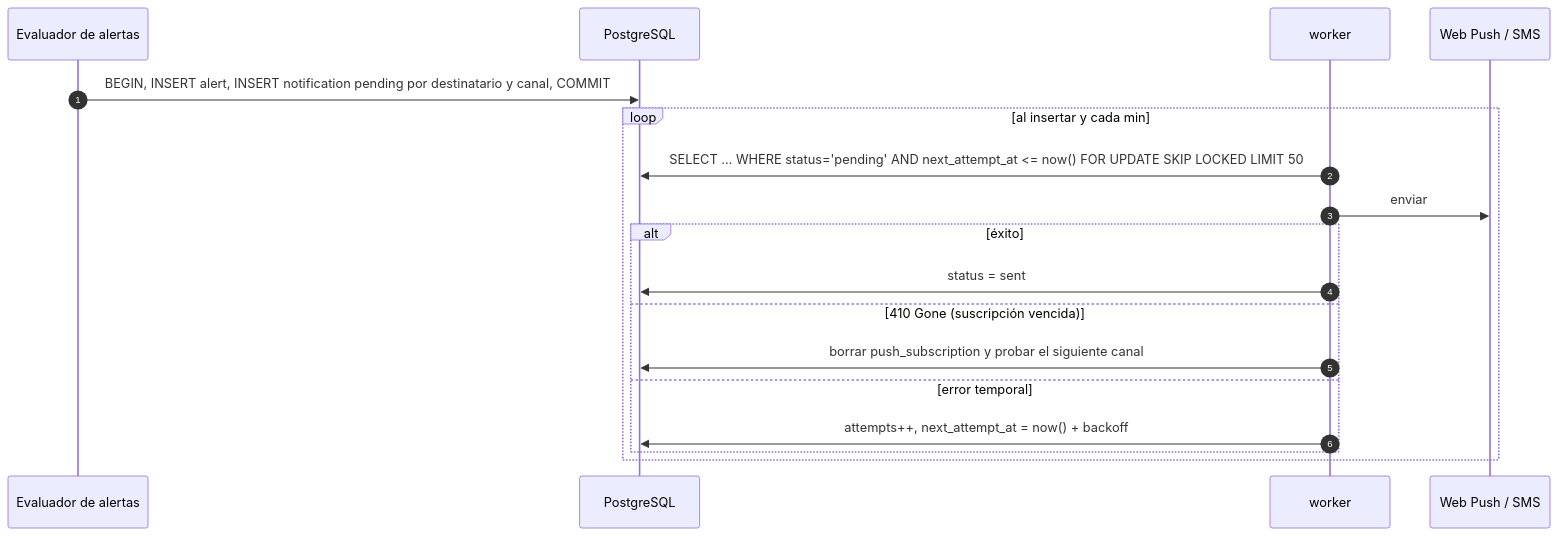
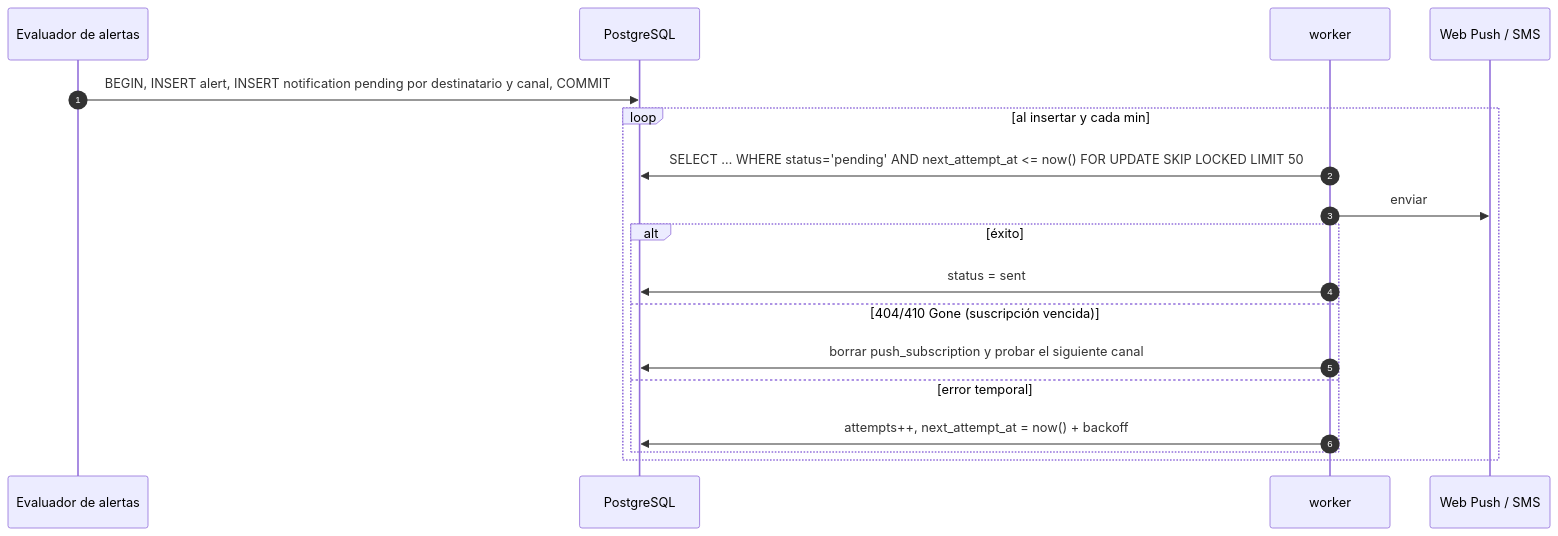
The fourth of 9 diagrams in docs/06-diseno-detallado.md (jab16jy/techcamp-v2), drawn with Mermaid before and after one commit. The commit also changed 4 other files, not shown here.

````diff
--- a/docs/06-diseno-detallado.md
+++ b/docs/06-diseno-detallado.md
@@ -147,21 +147,21 @@
 ```mermaid
 sequenceDiagram
   autonumber
   participant E as Evaluador de alertas
   participant DB as PostgreSQL
   participant W as worker
   participant P as Web Push / SMS
 
   E->>DB: BEGIN, INSERT alert, INSERT notification pending por destinatario y canal, COMMIT
   loop al insertar y cada min
     W->>DB: SELECT … WHERE status='pending' AND next_attempt_at <= now() FOR UPDATE SKIP LOCKED LIMIT 50
     W->>P: enviar
     alt éxito
       W->>DB: status = sent
-    else 410 Gone (suscripción vencida)
+    else 404/410 Gone (suscripción vencida)
       W->>DB: borrar push_subscription y probar el siguiente canal
     else error temporal
       W->>DB: attempts++, next_attempt_at = now() + backoff
     end
   end
 ```
````
